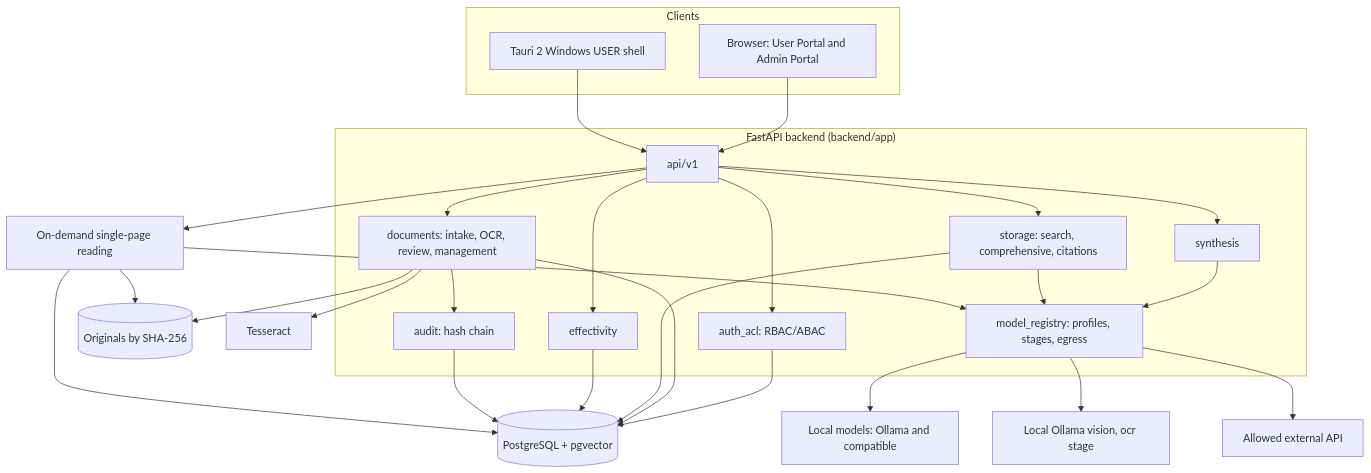
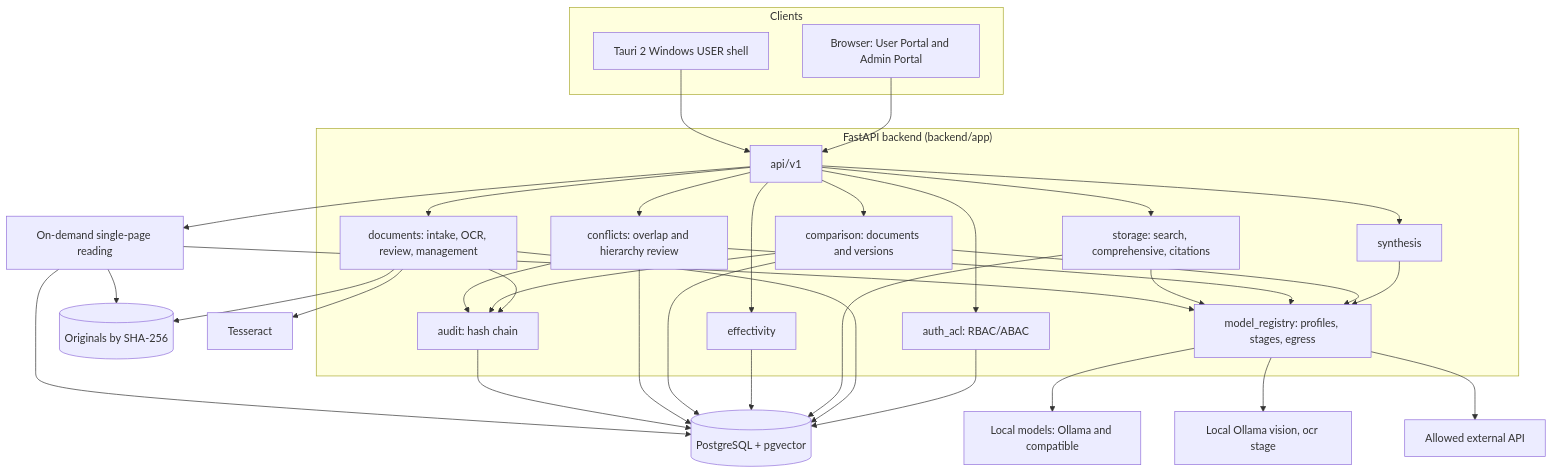
Before and after one commit to deviouslove-ship-it/Evidence_RAG_Handoff: the diagram in docs/en/ARCHITECTURE_OVERVIEW.md, drawn with Mermaid. The commit also changed other lines of this file and 11 other files, not shown here.

````diff
--- a/docs/en/ARCHITECTURE_OVERVIEW.md
+++ b/docs/en/ARCHITECTURE_OVERVIEW.md
@@ -9,43 +9,53 @@
 ```mermaid
 flowchart TB
   subgraph Clients
     W[Browser: User Portal and Admin Portal]
     D[Tauri 2 Windows USER shell]
   end
   subgraph Server["FastAPI backend (backend/app)"]
     API[api/v1]
     AUTH[auth_acl: RBAC/ABAC]
     DOC[documents: intake, OCR, review, management]
     SRCH[storage: search, comprehensive, citations]
     EFF[effectivity]
     SYN[synthesis]
+    CMP[comparison: documents and versions]
+    CNF[conflicts: overlap and hierarchy review]
     REG[model_registry: profiles, stages, egress]
     AUD[audit: hash chain]
   end
   W --> API
   D --> API
   API --> AUTH
   API --> DOC
   API --> SRCH
   API --> EFF
   API --> SYN
+  API --> CMP
+  API --> CNF
   SYN --> REG
+  CMP --> REG
+  CNF --> REG
   SRCH --> REG
   DOC --> AUD
+  CMP --> AUD
+  CNF --> AUD
   DB[(PostgreSQL + pgvector)]
   FS[(Originals by SHA-256)]
   AUTH --> DB
   DOC --> DB
   DOC --> FS
   SRCH --> DB
   EFF --> DB
+  CMP --> DB
+  CNF --> DB
   AUD --> DB
   REG --> LM[Local models: Ollama and compatible]
   REG --> OCRAI[Local Ollama vision, ocr stage]
   REG --> EX[Allowed external API]
   DOC --> OCR[Tesseract]
   API --> PAGE[On-demand single-page reading]
   PAGE --> DB
   PAGE --> FS
   PAGE --> REG
 ```
````
